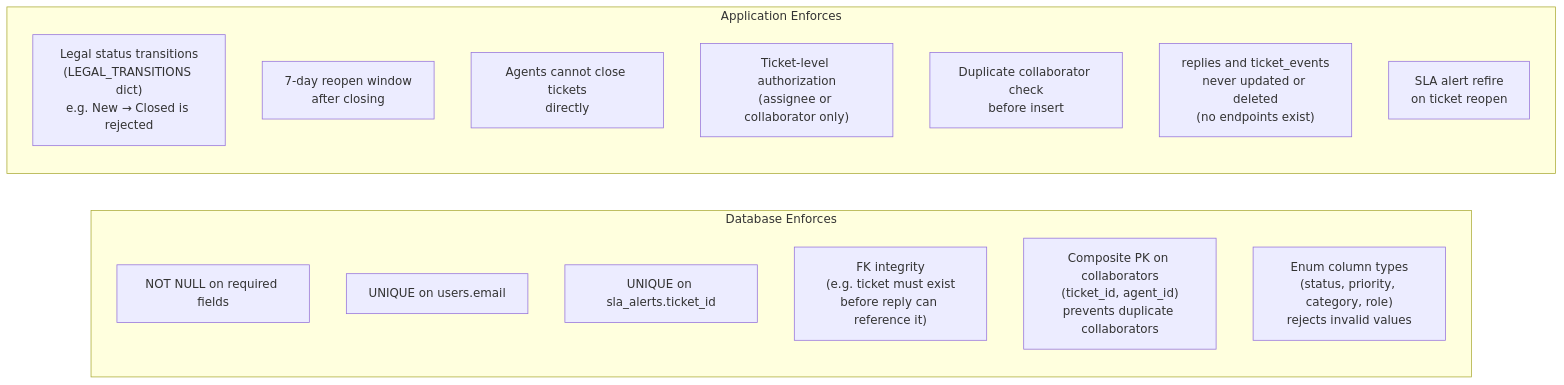
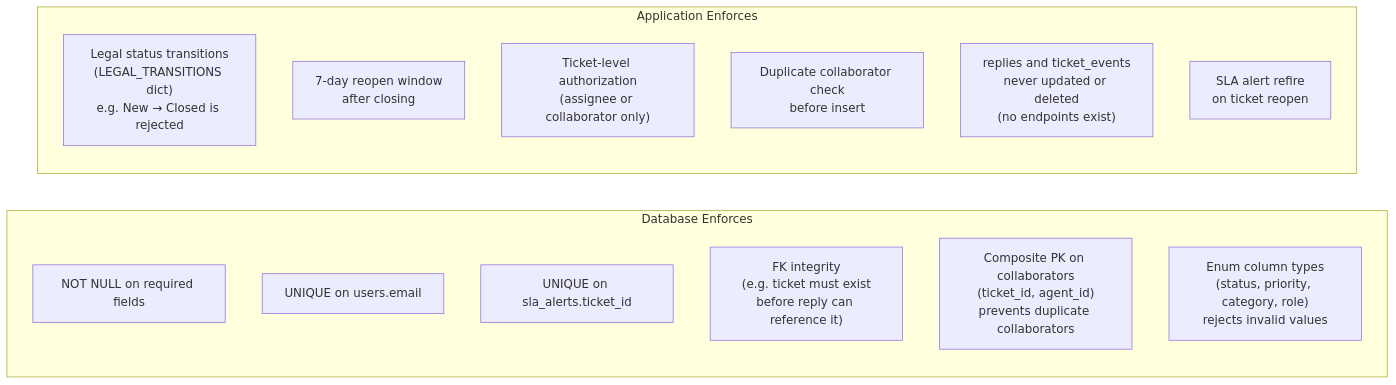
The second of 2 diagrams in docs/schema.md (Karan15032004/support-ticket-system), drawn with Mermaid before and after one commit. The commit also changed other lines of this file and 2 other files, not shown here.

````diff
--- a/docs/schema.md
+++ b/docs/schema.md
@@ -176,21 +176,20 @@
 ```mermaid
 graph LR
     subgraph DB ["Database Enforces"]
         D1["NOT NULL on required fields"]
         D2["UNIQUE on users.email"]
         D3["UNIQUE on sla_alerts.ticket_id"]
         D4["FK integrity\n(e.g. ticket must exist\nbefore reply can reference it)"]
         D5["Composite PK on collaborators\n(ticket_id, agent_id)\nprevents duplicate collaborators"]
         D6["Enum column types\n(status, priority, category, role)\nrejects invalid values"]
     end
 
     subgraph APP ["Application Enforces"]
         A1["Legal status transitions\n(LEGAL_TRANSITIONS dict)\ne.g. New → Closed is rejected"]
         A2["7-day reopen window\nafter closing"]
-        A3["Agents cannot close tickets\ndirectly"]
-        A4["Ticket-level authorization\n(assignee or collaborator only)"]
-        A5["Duplicate collaborator check\nbefore insert"]
-        A6["replies and ticket_events\nnever updated or deleted\n(no endpoints exist)"]
-        A7["SLA alert refire\non ticket reopen"]
+        A3["Ticket-level authorization\n(assignee or collaborator only)"]
+        A4["Duplicate collaborator check\nbefore insert"]
+        A5["replies and ticket_events\nnever updated or deleted\n(no endpoints exist)"]
+        A6["SLA alert refire\non ticket reopen"]
     end
 ```
````
